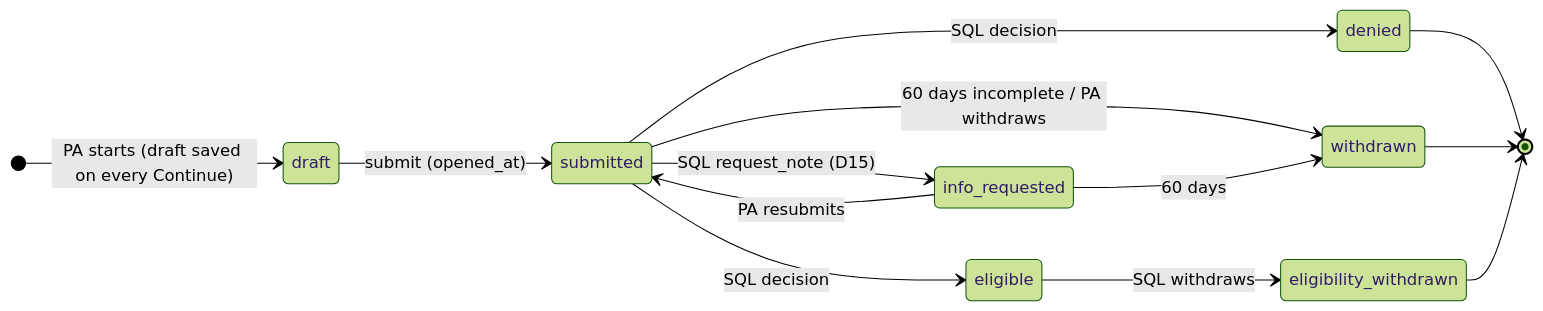
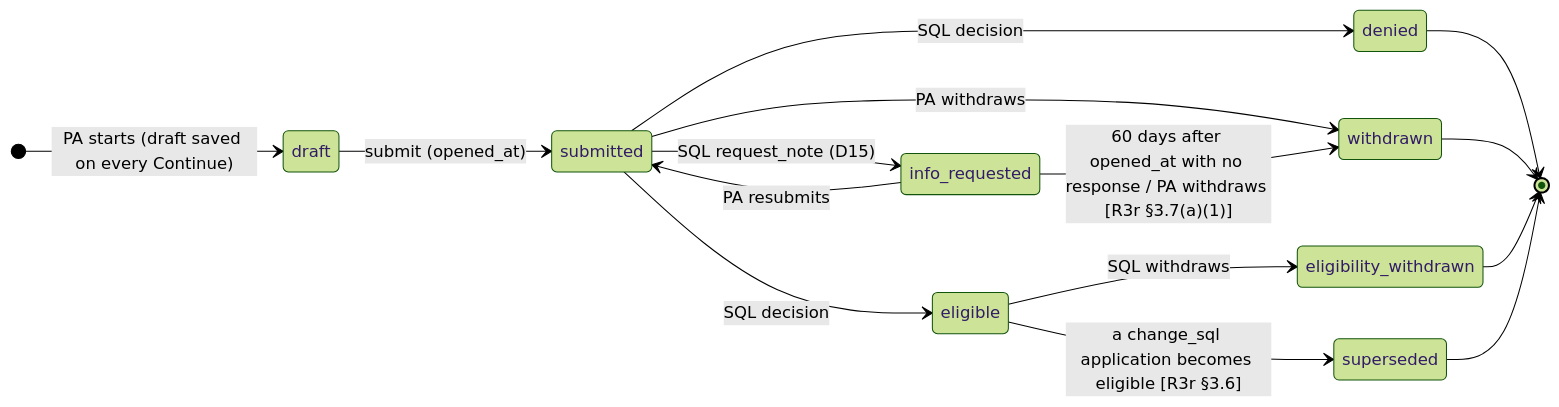
One commit to focusconsulting/pa-compact-licensing-platform changed the first of 3 diagrams in product/context/flows/06-state-machines.md. Above: the diagram before and after it, drawn with Mermaid (forest theme). The commit also changed other lines of this file and 4 other files, not shown here.

````diff
--- a/product/context/flows/06-state-machines.md
+++ b/product/context/flows/06-state-machines.md
@@ -26,16 +26,18 @@
 ```mermaid
 stateDiagram-v2
     direction LR
     [*] --> draft: PA starts (draft saved on every Continue)
     draft --> submitted: submit (opened_at)
     submitted --> info_requested: SQL request_note (D15)
     info_requested --> submitted: PA resubmits
     submitted --> eligible: SQL decision
     submitted --> denied: SQL decision
-    submitted --> withdrawn: 60 days incomplete / PA withdraws
-    info_requested --> withdrawn: 60 days
+    submitted --> withdrawn: PA withdraws
+    info_requested --> withdrawn: 60 days after opened_at with no response / PA withdraws [R3r §3.7(a)(1)]
     eligible --> eligibility_withdrawn: SQL withdraws
+    eligible --> superseded: a change_sql application becomes eligible [R3r §3.6]
     denied --> [*]
     withdrawn --> [*]
     eligibility_withdrawn --> [*]
+    superseded --> [*]
 ```
````
